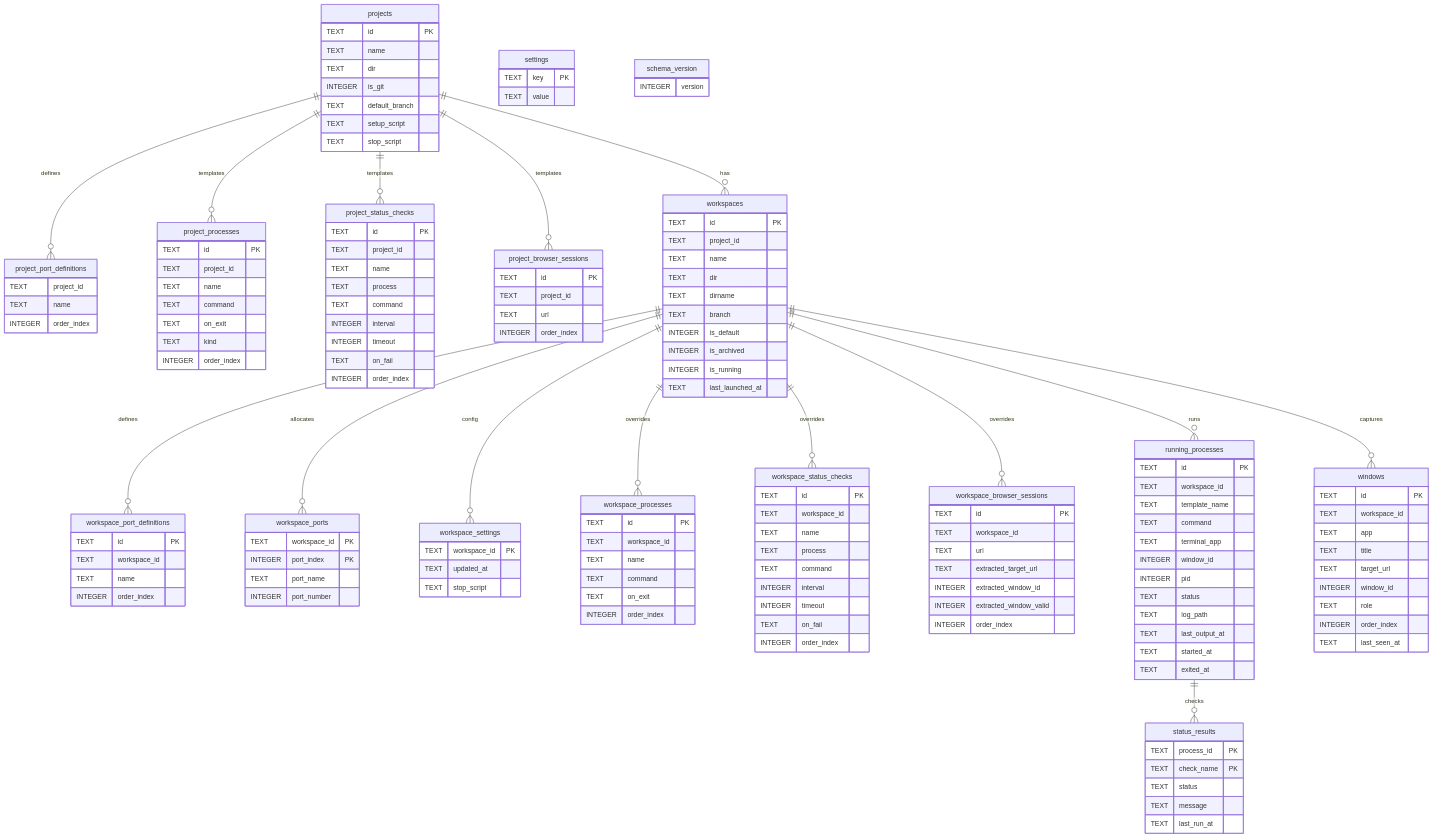
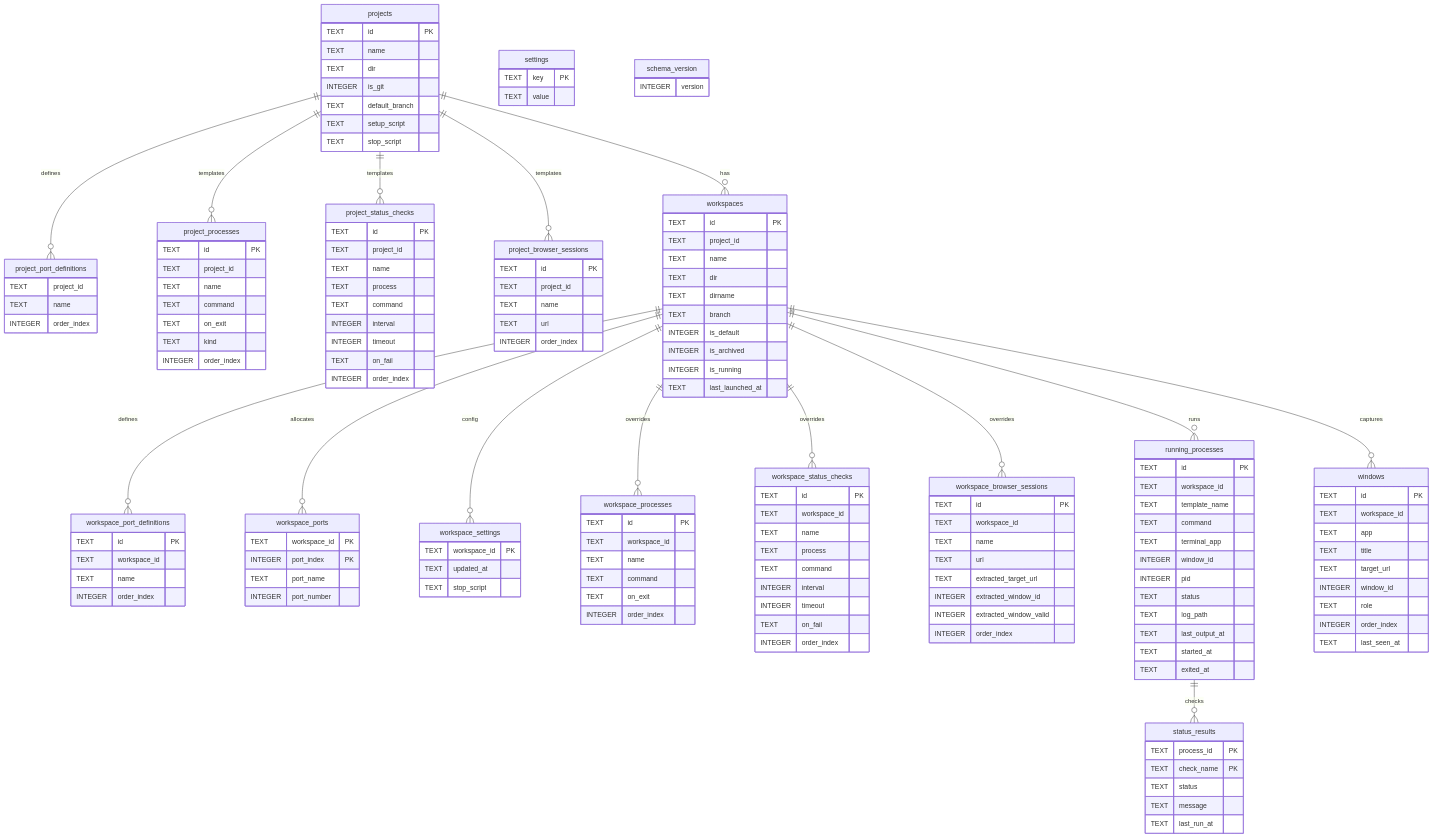
One commit to yogesh-dhande/spaces changed the second of 5 diagrams in apps/macos/docs/architecture.md. Above: the diagram before and after it, drawn with Mermaid. The commit also changed other lines of this file and 15 other files, not shown here.

```diff
--- a/apps/macos/docs/architecture.md
+++ b/apps/macos/docs/architecture.md
@@ -155,6 +158,7 @@
   project_browser_sessions {
     TEXT id PK
     TEXT project_id
+    TEXT name
     TEXT url
     INTEGER order_index
   }
@@ -216,6 +220,7 @@
   workspace_browser_sessions {
     TEXT id PK
     TEXT workspace_id
+    TEXT name
     TEXT url
     TEXT extracted_target_url
     INTEGER extracted_window_id
```
